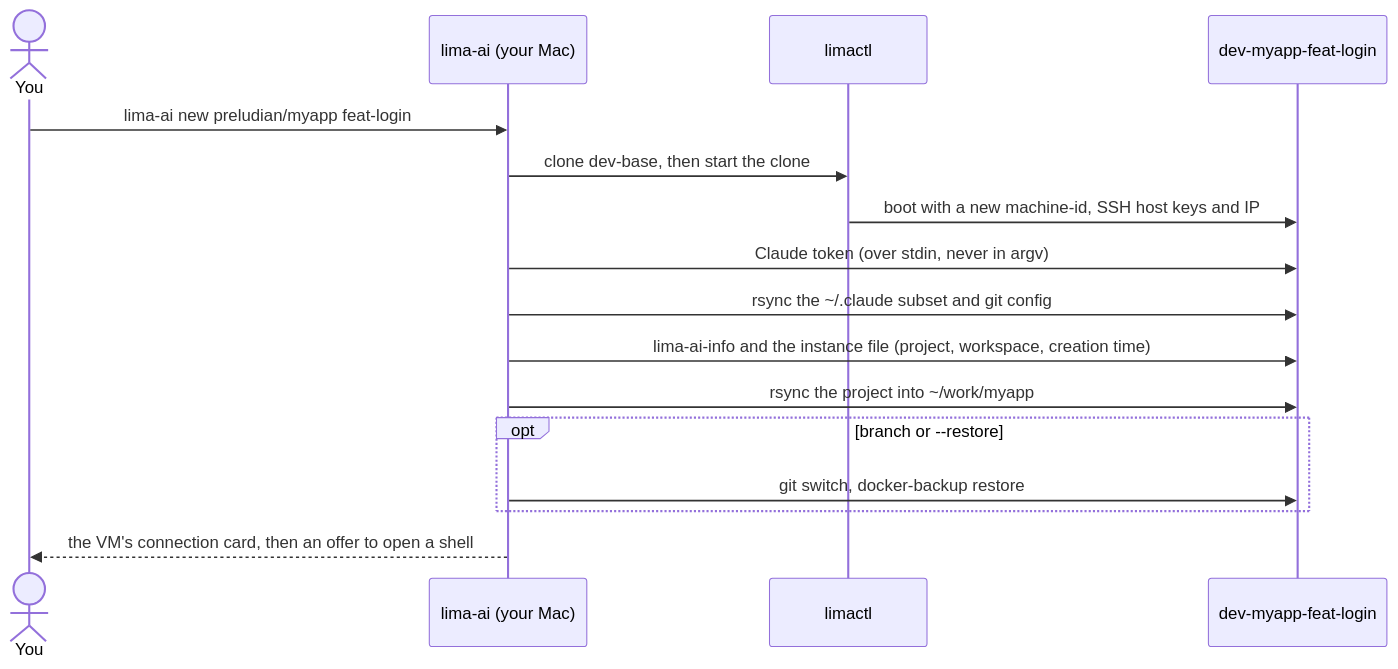
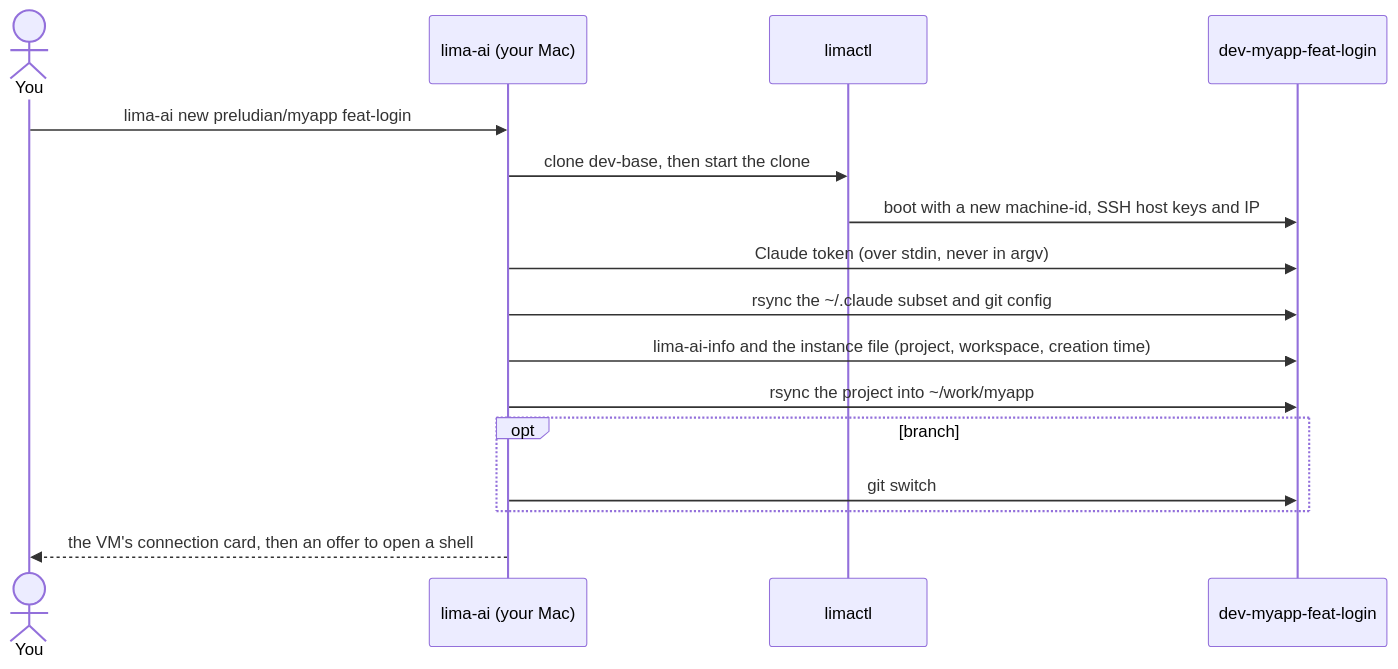
One commit to joepreludian/lima-ai changed the first of 3 diagrams in docs/manual/docs/index.md. Above: the diagram before and after it, drawn with Mermaid. The commit also changed other lines of this file and 10 other files, not shown here.

Commit message:
docs: replace the backup page with Docker backups; bump to 0.12.0

````diff
--- a/docs/manual/docs/index.md
+++ b/docs/manual/docs/index.md
@@ -30,19 +30,19 @@
 ```mermaid
 sequenceDiagram
     actor You
     participant CLI as lima-ai (your Mac)
     participant Lima as limactl
     participant VM as dev-myapp-feat-login
 
     You->>CLI: lima-ai new preludian/myapp feat-login
     CLI->>Lima: clone dev-base, then start the clone
     Lima->>VM: boot with a new machine-id, SSH host keys and IP
     CLI->>VM: Claude token (over stdin, never in argv)
     CLI->>VM: rsync the ~/.claude subset and git config
     CLI->>VM: lima-ai-info and the instance file (project, workspace, creation time)
     CLI->>VM: rsync the project into ~/work/myapp
-    opt branch or --restore
-        CLI->>VM: git switch, docker-backup restore
+    opt branch
+        CLI->>VM: git switch
     end
     CLI-->>You: the VM's connection card, then an offer to open a shell
 ```
````
